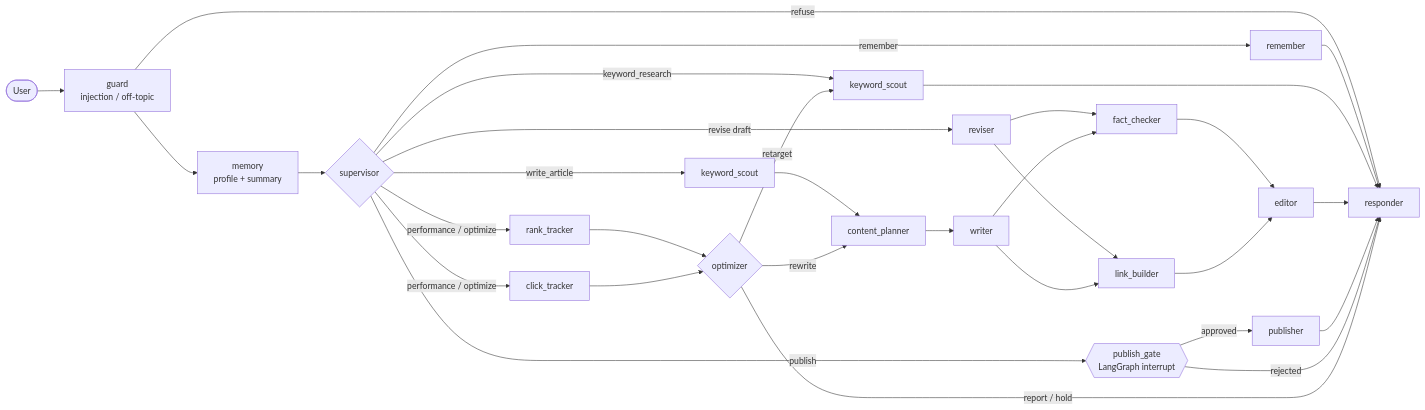
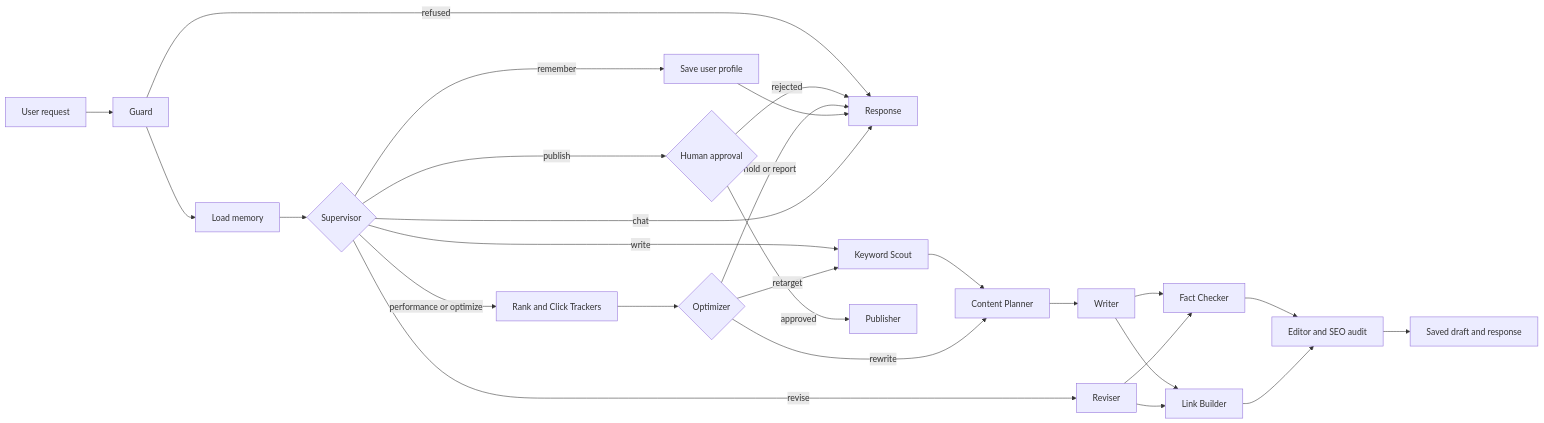
Before and after one commit to FatimaSohailll/rank-forge: the diagram in README.md, drawn with Mermaid. The commit also changed other lines of this file and 1 other file, not shown here.

````diff
--- a/README.md
+++ b/README.md
@@ -73,23 +48,24 @@
 ```mermaid
 flowchart LR
-    U([User]) --> G[guard<br/>injection / off-topic]
-    G -->|refuse| R[responder]
-    G --> M[memory<br/>profile + summary] --> S{supervisor}
-    S -->|remember| REM[remember] --> R
-    S -->|keyword_research| KS[keyword_scout] --> R
-    S -->|revise draft| RV[reviser]
-    RV --> FC
-    RV --> LB
-    S -->|write_article| KS2[keyword_scout] --> CP[content_planner] --> W[writer]
-    W --> FC[fact_checker] --> E[editor]
-    W --> LB[link_builder] --> E
-    E --> R
-    S -->|publish| PG{{publish_gate<br/>LangGraph interrupt}}
-    PG -->|approved| P[publisher] --> R
-    PG -->|rejected| R
-    S -->|performance / optimize| RT[rank_tracker] --> O{optimizer}
-    S -->|performance / optimize| CT[click_tracker] --> O
-    O -->|rewrite| CP
-    O -->|retarget| KS
-    O -->|report / hold| R
+    U[User request] --> G[Guard]
+    G -->|refused| R[Response]
+    G --> M[Load memory] --> S{Supervisor}
+    S -->|write| K[Keyword Scout] --> C[Content Planner] --> W[Writer]
+    W --> F[Fact Checker]
+    W --> L[Link Builder]
+    F --> E[Editor and SEO audit]
+    L --> E
+    E --> D[Saved draft and response]
+    S -->|revise| V[Reviser]
+    V --> F
+    V --> L
+    S -->|publish| A{Human approval}
+    A -->|approved| P[Publisher]
+    A -->|rejected| R
+    S -->|performance or optimize| T[Rank and Click Trackers] --> O{Optimizer}
+    O -->|rewrite| C
+    O -->|retarget| K
+    O -->|hold or report| R
+    S -->|remember| B[Save user profile] --> R
+    S -->|chat| R
 ```
````
